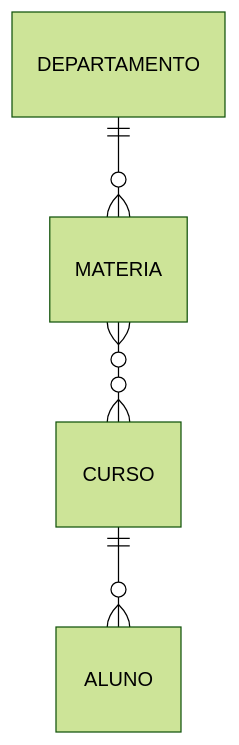
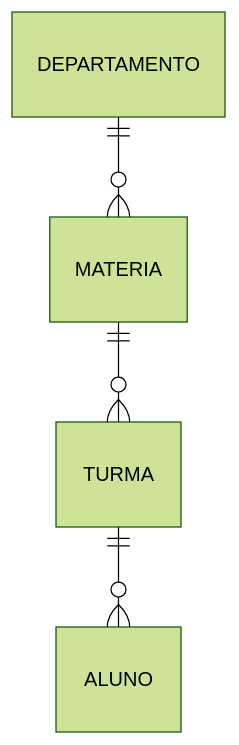
Before and after one commit to brunoruas2/ciencia_computacao: the third of 5 diagrams in docs/02-puc/03-segundo-periodo/06-modelagem-dados.md, drawn with Mermaid (forest theme). The commit also changed other lines of this file and 1 other file, not shown here.

````diff
--- a/docs/02-puc/03-segundo-periodo/06-modelagem-dados.md
+++ b/docs/02-puc/03-segundo-periodo/06-modelagem-dados.md
@@ -215,6 +227,6 @@
 ```mermaid
 erDiagram
     DEPARTAMENTO 1--0+ MATERIA : ""
-    MATERIA 0+--0+ CURSO : ""
-    CURSO 1--0+ ALUNO : ""
+    MATERIA 1--0+ TURMA : ""
+    TURMA 1--0+ ALUNO : ""
 ```
````
